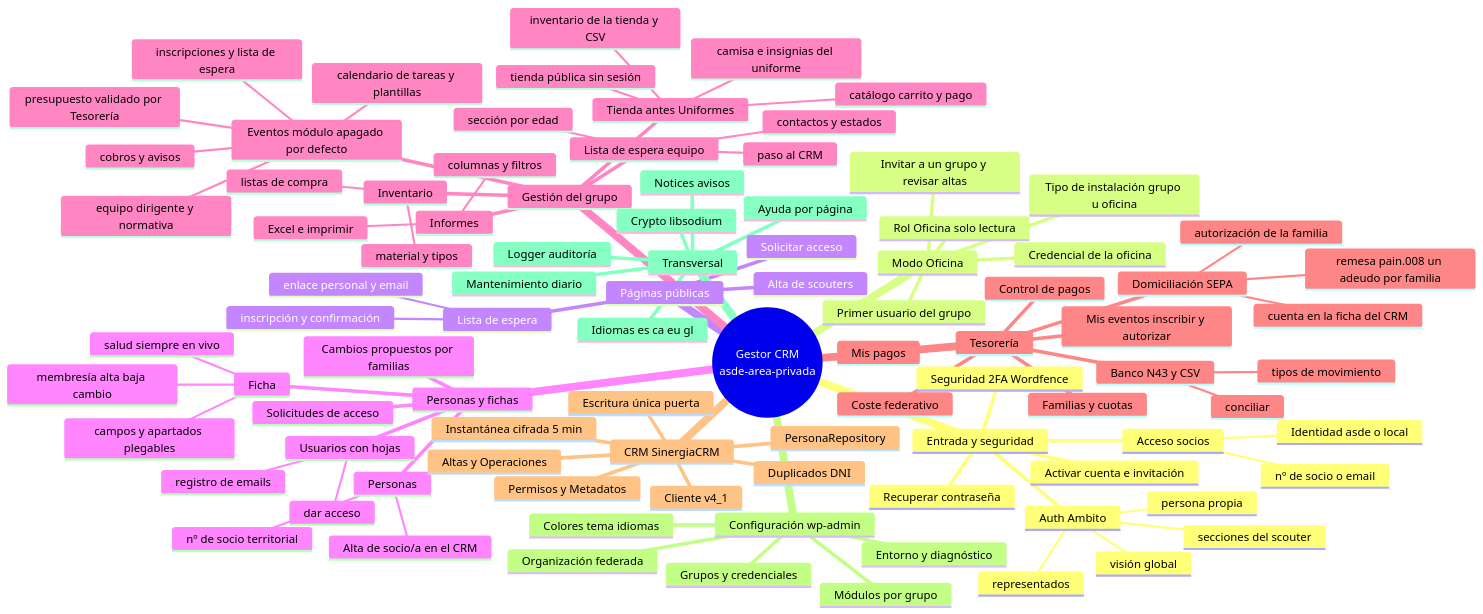
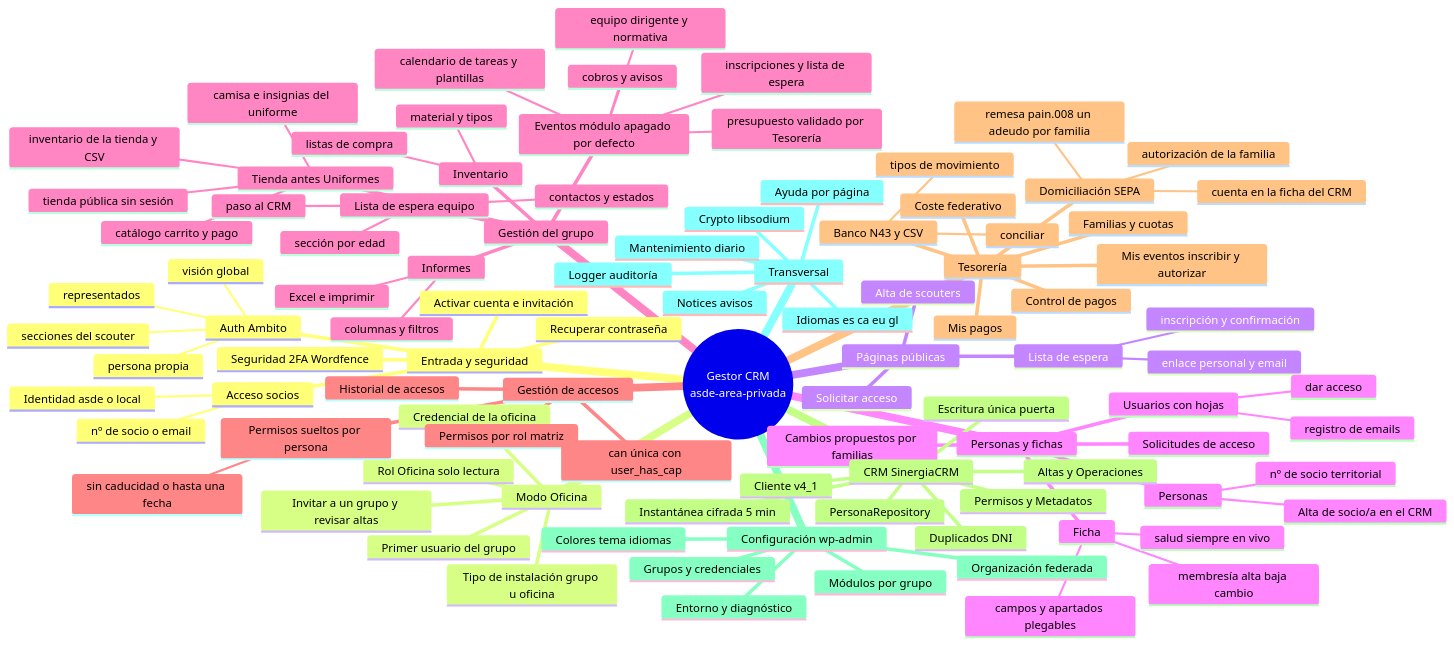
Before and after one commit to fmrondonPmi/GestorCRM-Scouts-de-Espa-a: the first of 3 diagrams in docs/40-mapa-de-la-aplicacion.md, drawn with Mermaid. The commit also changed other lines of this file and 114 other files, not shown here.

First line of the commit message:
v0.53.0: Gestión de accesos (permisos por rol, permisos sueltos por persona e historial)

```diff
--- a/docs/40-mapa-de-la-aplicacion.md
+++ b/docs/40-mapa-de-la-aplicacion.md
@@ -72,6 +72,12 @@
         inscripciones y lista de espera
         cobros y avisos
         calendario de tareas y plantillas
+    Gestión de accesos
+      Permisos por rol matriz
+      Permisos sueltos por persona
+        sin caducidad o hasta una fecha
+      Historial de accesos
+      can única con user_has_cap
     Tesorería
       Familias y cuotas
       Control de pagos
```
